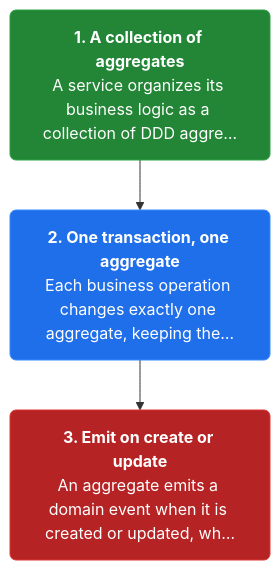
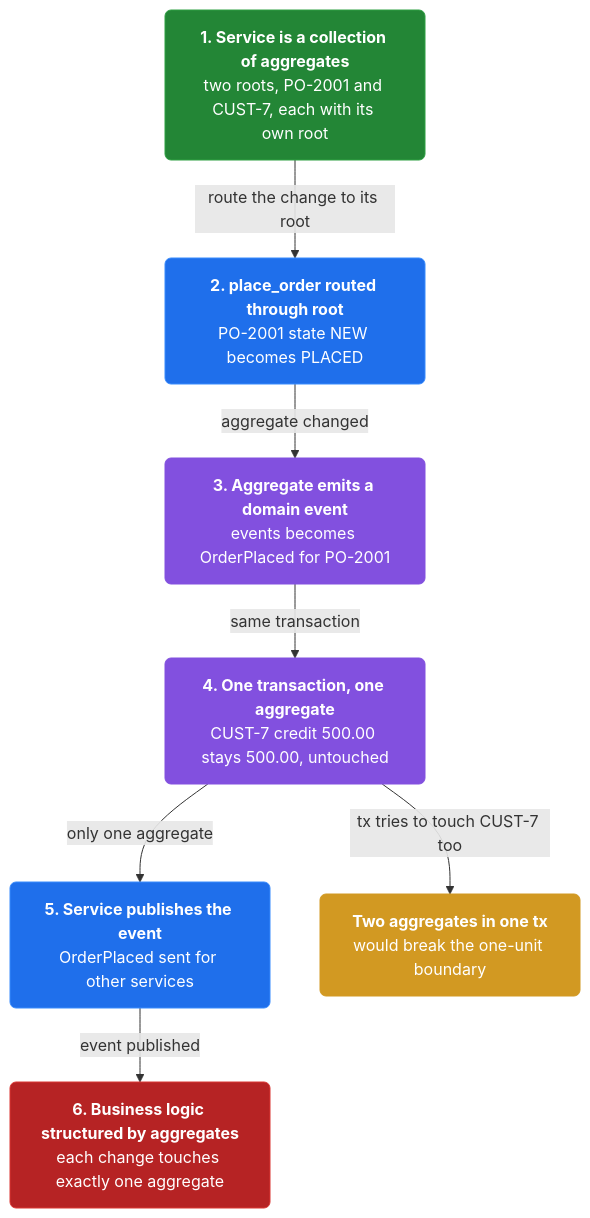
The third of 3 diagrams in docs/ch16-aggregate.md (vinayakuber/microservices-io-study-guide), drawn with Mermaid before and after one commit. The commit also changed other lines of this file and 46 other files, not shown here.

First line of the commit message:
Author rich branching flow diagrams for all 44 chapters

````diff
--- a/docs/ch16-aggregate.md
+++ b/docs/ch16-aggregate.md
@@ -106,11 +130,21 @@
 ```mermaid
 flowchart TD
-  classDef step fill:#1f6feb,color:#ffffff,stroke:#388bfd,stroke-width:1px,rx:6
+  classDef step fill:#1f6feb,color:#ffffff,stroke:#388bfd,rx:6
+  classDef core fill:#8250df,color:#ffffff,stroke:#8250df,rx:6
+  classDef warn fill:#d29922,color:#ffffff,stroke:#d29922,rx:6
   classDef start fill:#238636,color:#ffffff,stroke:#2ea043,rx:6
   classDef stop fill:#b62324,color:#ffffff,stroke:#da3633,rx:6
-  s2n0["<b>1. A collection of aggregates</b><br/>A service organizes its business logic as a collection of DDD aggre…"]:::start
-  s2n1["<b>2. One transaction, one aggregate</b><br/>Each business operation changes exactly one aggregate, keeping the…"]:::step
-  s2n2["<b>3. Emit on create or update</b><br/>An aggregate emits a domain event when it is created or updated, wh…"]:::stop
-  s2n0 --> s2n1
-  s2n1 --> s2n2
+  n0["<b>1. Service is a collection of aggregates</b><br/>two roots, PO-2001 and CUST-7, each with its own root"]:::start
+  n1["<b>2. place_order routed through root</b><br/>PO-2001 state NEW becomes PLACED"]:::step
+  n2["<b>3. Aggregate emits a domain event</b><br/>events becomes OrderPlaced for PO-2001"]:::core
+  n3["<b>4. One transaction, one aggregate</b><br/>CUST-7 credit 500.00 stays 500.00, untouched"]:::core
+  n4["<b>5. Service publishes the event</b><br/>OrderPlaced sent for other services"]:::step
+  n5["<b>6. Business logic structured by aggregates</b><br/>each change touches exactly one aggregate"]:::stop
+  n6["<b>Two aggregates in one tx</b><br/>would break the one-unit boundary"]:::warn
+  n0 -->|"route the change to its root"| n1
+  n1 -->|"aggregate changed"| n2
+  n2 -->|"same transaction"| n3
+  n3 -->|"only one aggregate"| n4
+  n3 -->|"tx tries to touch CUST-7 too"| n6
+  n4 -->|"event published"| n5
 ```
````
